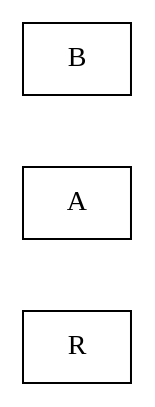
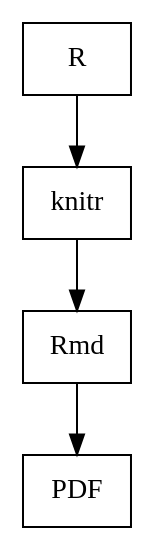
The diagram in R/R2Tex.org (bwtian/learnRviaCode), drawn with Graphviz before and after one commit. The commit also changed other lines of this file, not shown here.

Commit message:
/ ‘R/R2Tex.org’

```diff
--- a/R/R2Tex.org
+++ b/R/R2Tex.org
@@ -4,20 +4,20 @@
 #+BEGIN_SRC dot :file ./r2tex.svg
 digraph {
 rankdir=LR;
 fontname="Times";
 fontsize = 12;
 splines = false;
 ranksep = 0.5;
 nodesep = 0.5;
 edge[constraint=false];
 node [shape = box]
 //1. set node
 R [label = "R"]
 
 //2. set path
-R
+R -> knitr -> Rmd -> PDF
 
 //3. set rank
-{rank = same; A, B}
+
 }
 #+END_SRC
```
